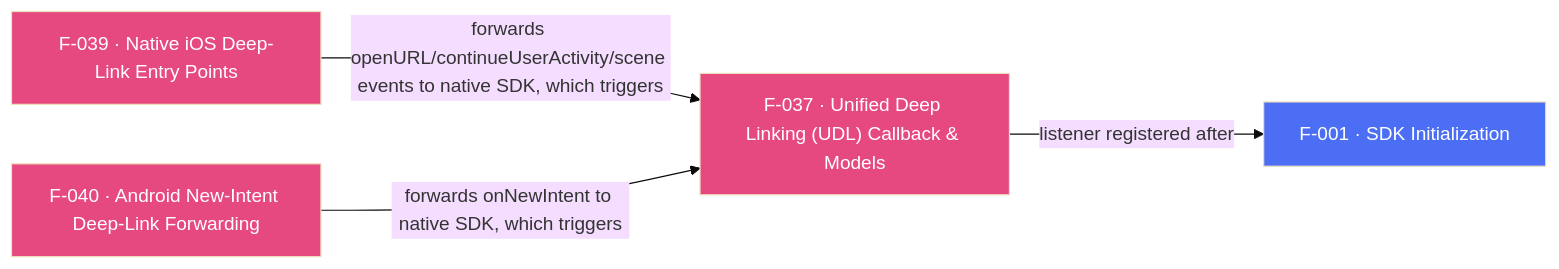
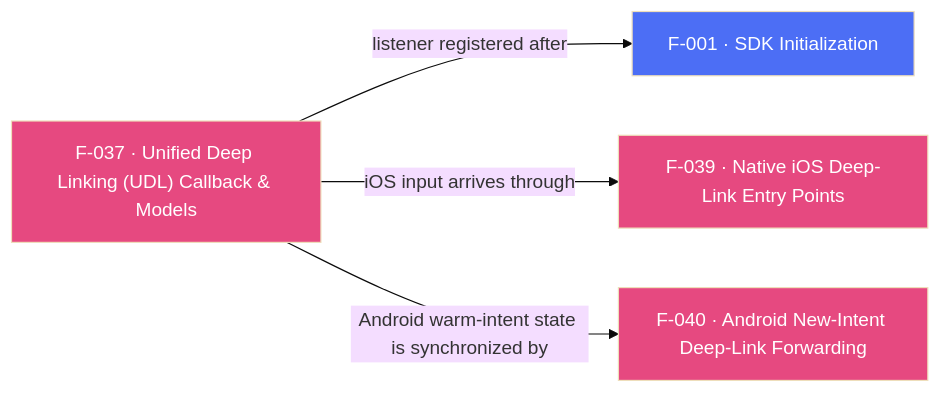
Before and after one commit to AppsFlyerSDK/appsflyer-flutter-plugin: the diagram in internal-docs/features/F-037-unified-deep-linking-callback-and-models.md, drawn with Mermaid (base theme). The commit also changed other lines of this file and 82 other files, not shown here.

````diff
--- a/internal-docs/features/F-037-unified-deep-linking-callback-and-models.md
+++ b/internal-docs/features/F-037-unified-deep-linking-callback-and-models.md
@@ -91,8 +91,8 @@
 ```mermaid
 flowchart LR
     F037["F-037 · Unified Deep Linking (UDL) Callback & Models"]:::deepLinking -->|"listener registered after"| F001["F-001 · SDK Initialization"]:::sdkCore
-    F039["F-039 · Native iOS Deep-Link Entry Points"]:::deepLinking -->|"forwards openURL/continueUserActivity/scene events to native SDK, which triggers"| F037
-    F040["F-040 · Android New-Intent Deep-Link Forwarding"]:::deepLinking -->|"forwards onNewIntent to native SDK, which triggers"| F037
+    F037 -->|"iOS input arrives through"| F039["F-039 · Native iOS Deep-Link Entry Points"]:::deepLinking
+    F037 -->|"Android warm-intent state is synchronized by"| F040["F-040 · Android New-Intent Deep-Link Forwarding"]:::deepLinking
     classDef deepLinking fill:#E64980,color:#fff
     classDef sdkCore fill:#4C6EF5,color:#fff
 ```
````
